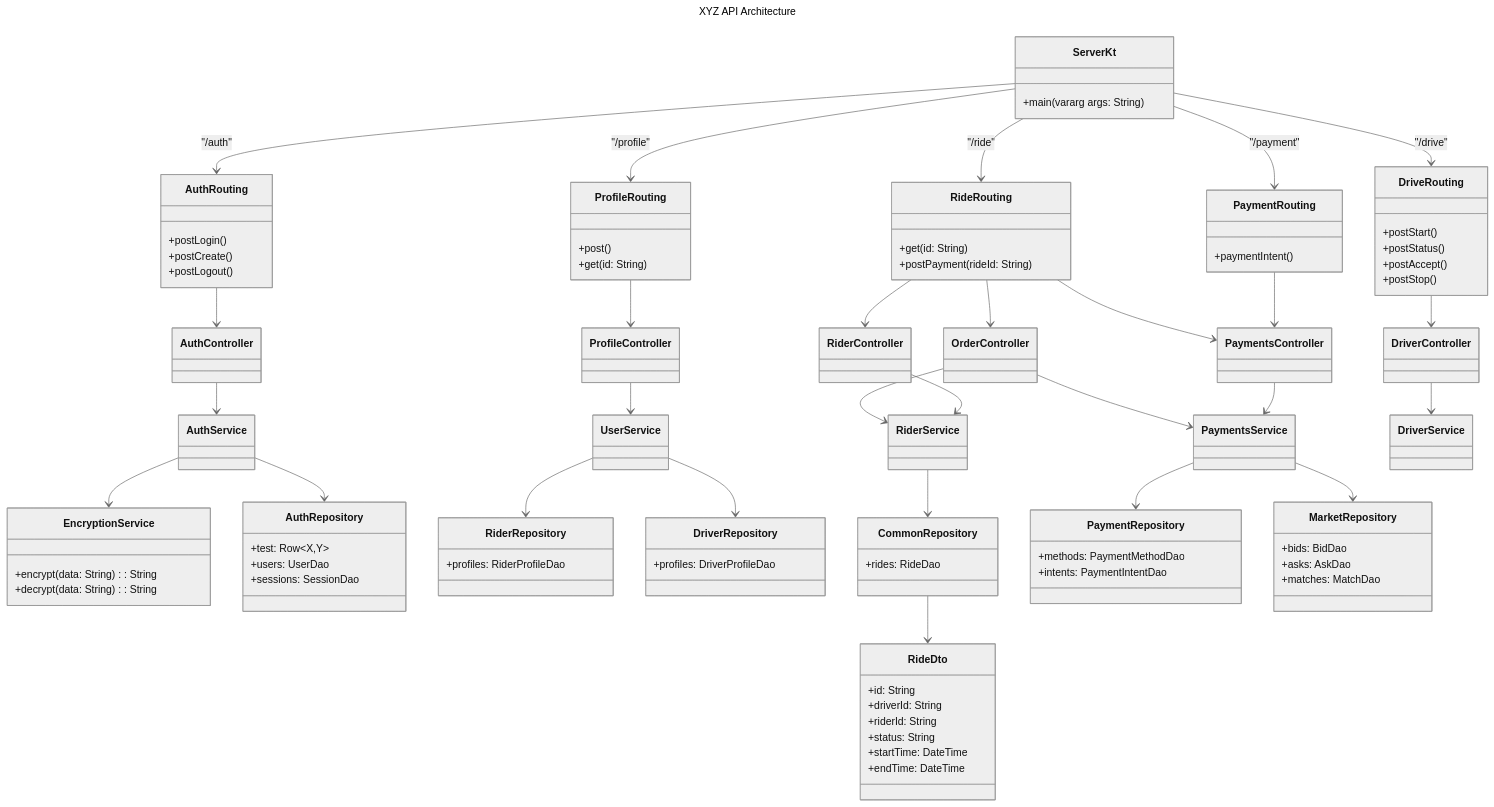
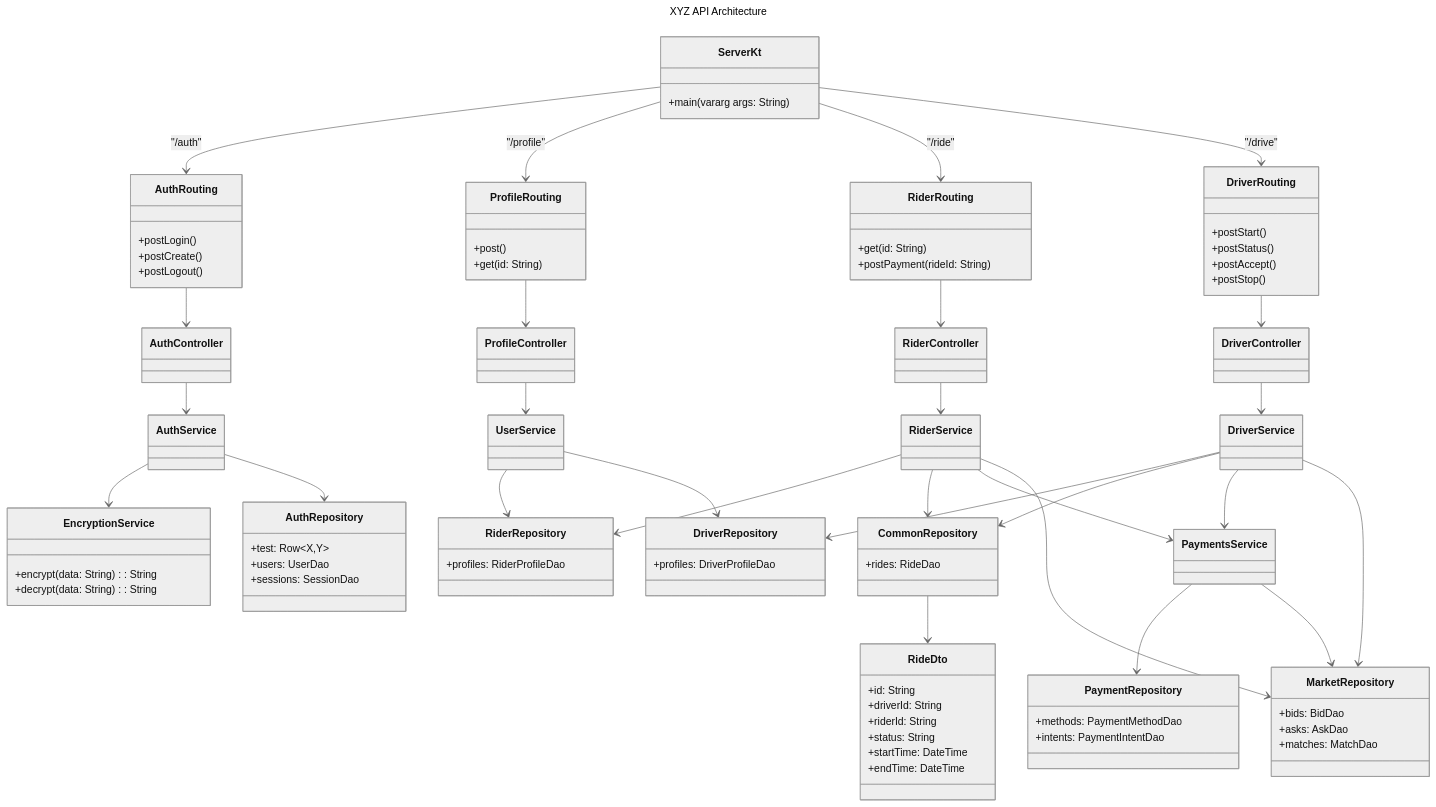
Before and after one commit to Pointyware/XYZ: the diagram in api/README.md, drawn with Mermaid (neutral theme).

Commit message:
Reorganize controller/service hierarchy

```diff
--- a/api/README.md
+++ b/api/README.md
@@ -24,9 +24,8 @@
   }
   ServerKt --> AuthRouting : "/auth"
   ServerKt --> ProfileRouting : "/profile"
-  ServerKt --> RideRouting : "/ride"
-  ServerKt --> DriveRouting : "/drive"
-  ServerKt --> PaymentRouting : "/payment"
+  ServerKt --> RiderRouting : "/ride"
+  ServerKt --> DriverRouting : "/drive"
   
   class AuthRouting {
       +postLogin()
@@ -39,39 +38,24 @@
       +get(id: String)
   }
   ProfileRouting --> ProfileController
-  class RideRouting {
+  class RiderRouting {
       +get(id: String)
       +postPayment(rideId: String)
   }
-  RideRouting --> RiderController
-  RideRouting --> OrderController
-  RideRouting --> PaymentsController
-  class DriveRouting {
+  RiderRouting --> RiderController
+  class DriverRouting {
       +postStart()
       +postStatus()
       +postAccept()
       +postStop()
   }
-  DriveRouting --> DriverController
-  class PaymentRouting {
-      +paymentIntent()
-  }
-  PaymentRouting --> PaymentsController
+  DriverRouting --> DriverController
 
   class AuthController {
       
   }
   AuthController --> AuthService
-  class OrderController {
-      
-  }
-  OrderController --> RiderService
-  OrderController --> PaymentsService
-  class PaymentsController {
-      
-  }
-  PaymentsController --> PaymentsService
-  class ProfileController { 
+  class ProfileController {
       
   }
   ProfileController --> UserService
@@ -101,10 +85,17 @@
   class DriverService {
       
   }
+  DriverService --> DriverRepository
+  DriverService --> CommonRepository
+  DriverService --> PaymentsService
+  DriverService --> MarketRepository
   class RiderService {
       
   }
+  RiderService --> RiderRepository
   RiderService --> CommonRepository
+  RiderService --> PaymentsService
+  RiderService --> MarketRepository
   class PaymentsService {
       
   }
```
